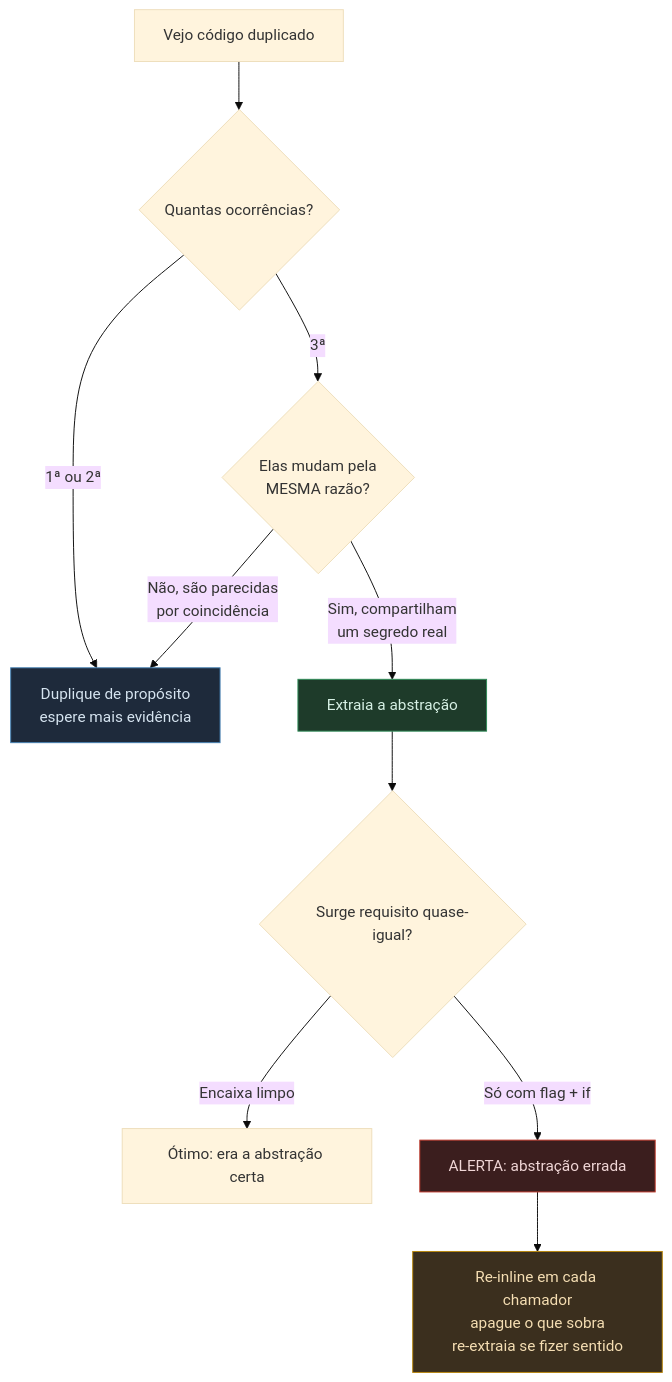
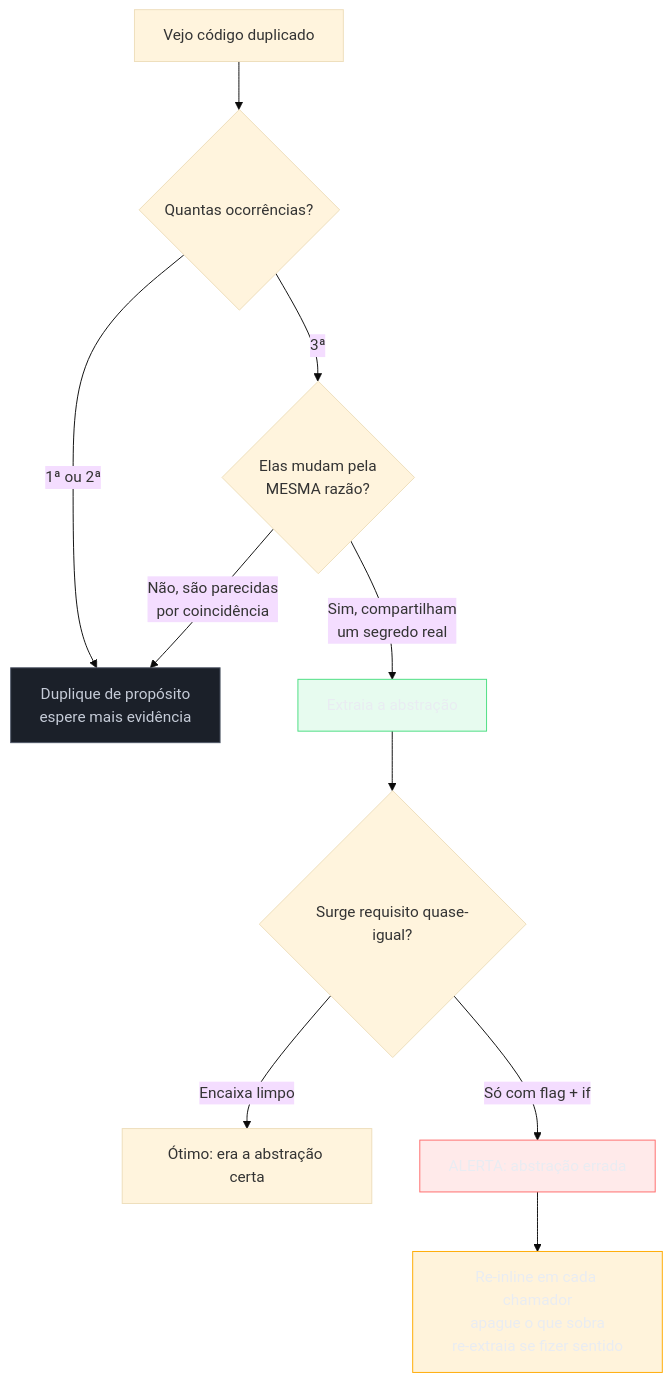
Before and after one commit to josenaldo/codex-technomanticus: the fourth of 4 diagrams in 03-Dominios/Engenharia/Complexidade de Software/05 - Abstração - a ferramenta central.md, drawn with Mermaid (base theme). The commit also changed other lines of this file and 1181 other files, not shown here.

First line of the commit message:
fix(diagramas): paleta do sistema no lugar de cor cravada no markdown

````diff
--- a/03-Dominios/Engenharia/Complexidade de Software/05 - Abstração - a ferramenta central.md
+++ b/03-Dominios/Engenharia/Complexidade de Software/05 - Abstração - a ferramenta central.md
@@ -444,16 +451,20 @@
 ```mermaid
 flowchart TD
+    classDef neutro fill:#1B2029,stroke:#4E5666,color:#C6CCD8
+    classDef ok fill:#4ADE8021,stroke:#4ADE80,color:#E9ECF2
+    classDef falha fill:#FF6B6B24,stroke:#FF6B6B,color:#E9ECF2
+    classDef destaque fill:#FFAA0024,stroke:#FFAA00,color:#E9ECF2
     A[Vejo código duplicado] --> B{Quantas ocorrências?}
     B -->|1ª ou 2ª| C[Duplique de propósito\nespere mais evidência]
     B -->|3ª| D{Elas mudam pela\nMESMA razão?}
     D -->|Não, são parecidas\npor coincidência| C
     D -->|Sim, compartilham\num segredo real| E[Extraia a abstração]
     E --> F{Surge requisito quase-igual?}
     F -->|Encaixa limpo| G[Ótimo: era a abstração certa]
     F -->|Só com flag + if| H[ALERTA: abstração errada]
     H --> I[Re-inline em cada chamador\napague o que sobra\nre-extraia se fizer sentido]
-    style C fill:#1e2a3b,stroke:#4682b4,color:#d6e4f0
-    style E fill:#1e3b2a,stroke:#2e8b57,color:#d6f0e4
-    style H fill:#3b1e1e,stroke:#c0392b,color:#f0d6d6
-    style I fill:#3b2f1e,stroke:#b8860b,color:#f5deb3
+    class C neutro
+    class E ok
+    class H falha
+    class I destaque
 ```
````
